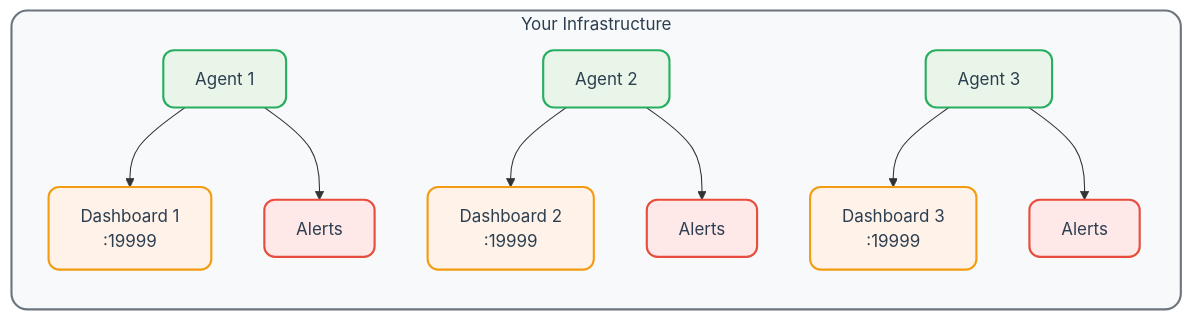
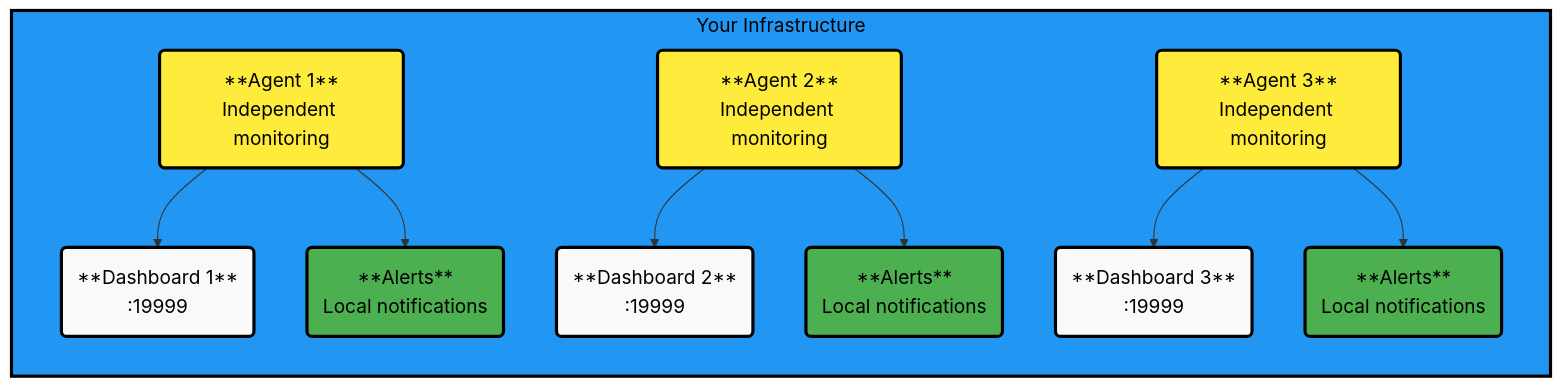
Before and after one commit to netdata/learn: the second of 2 diagrams in docs/netdata-agent/netdata-agent.mdx, drawn with Mermaid. The commit also changed other lines of this file and 9 other files, not shown here.

````diff
--- a/docs/netdata-agent/netdata-agent.mdx
+++ b/docs/netdata-agent/netdata-agent.mdx
@@ -101,36 +103,38 @@
 ```mermaid
 flowchart TB
     subgraph infrastructure["Your Infrastructure"]
         direction TB
-        A1["Agent 1"]
-        A2["Agent 2"]
-        A3["Agent 3"]
-        D1["Dashboard 1<br/>:19999"]
-        D2["Dashboard 2<br/>:19999"]
-        D3["Dashboard 3<br/>:19999"]
-        N1["Alerts"]
-        N2["Alerts"]
-        N3["Alerts"]
+        A1("**Agent 1**<br/>Independent monitoring")
+        A2("**Agent 2**<br/>Independent monitoring")
+        A3("**Agent 3**<br/>Independent monitoring")
+        D1("**Dashboard 1**<br/>:19999")
+        D2("**Dashboard 2**<br/>:19999")
+        D3("**Dashboard 3**<br/>:19999")
+        N1("**Alerts**<br/>Local notifications")
+        N2("**Alerts**<br/>Local notifications")
+        N3("**Alerts**<br/>Local notifications")
         A1 --> D1
         A2 --> D2
         A3 --> D3
         A1 --> N1
         A2 --> N2
         A3 --> N3
     end
 
-    classDef agents fill: #e8f5e8, stroke: #27ae60, stroke-width: 2px, color: #2c3e50, rx: 10, ry: 10
-    classDef dashboards fill: #fff2e8, stroke: #f39c12, stroke-width: 2px, color: #2c3e50, rx: 10, ry: 10
-    classDef alerts fill: #ffe8e8, stroke: #e74c3c, stroke-width: 2px, color: #2c3e50, rx: 10, ry: 10
-    classDef subgraphStyle fill: #f8f9fa, stroke: #6c757d, stroke-width: 2px, color: #2c3e50, rx: 15, ry: 15
-    class A1 agents
-    class A2 agents
-    class A3 agents
-    class D1 dashboards
-    class D2 dashboards
-    class D3 dashboards
-    class N1 alerts
-    class N2 alerts
-    class N3 alerts
-    class infrastructure subgraphStyle
+%% Style definitions matching the reference
+    classDef alert fill: #ffeb3b, stroke: #000000, stroke-width: 3px, color: #000000, font-size: 18px
+    classDef neutral fill: #f9f9f9, stroke: #000000, stroke-width: 3px, color: #000000, font-size: 18px
+    classDef complete fill: #4caf50, stroke: #000000, stroke-width: 3px, color: #000000, font-size: 18px
+    classDef database fill: #2196F3, stroke: #000000, stroke-width: 3px, color: #000000, font-size: 18px
+%% Apply styles
+    class A1 alert
+    class A2 alert
+    class A3 alert
+    class D1 neutral
+    class D2 neutral
+    class D3 neutral
+    class N1 complete
+    class N2 complete
+    class N3 complete
+    class infrastructure database
 ```
````
